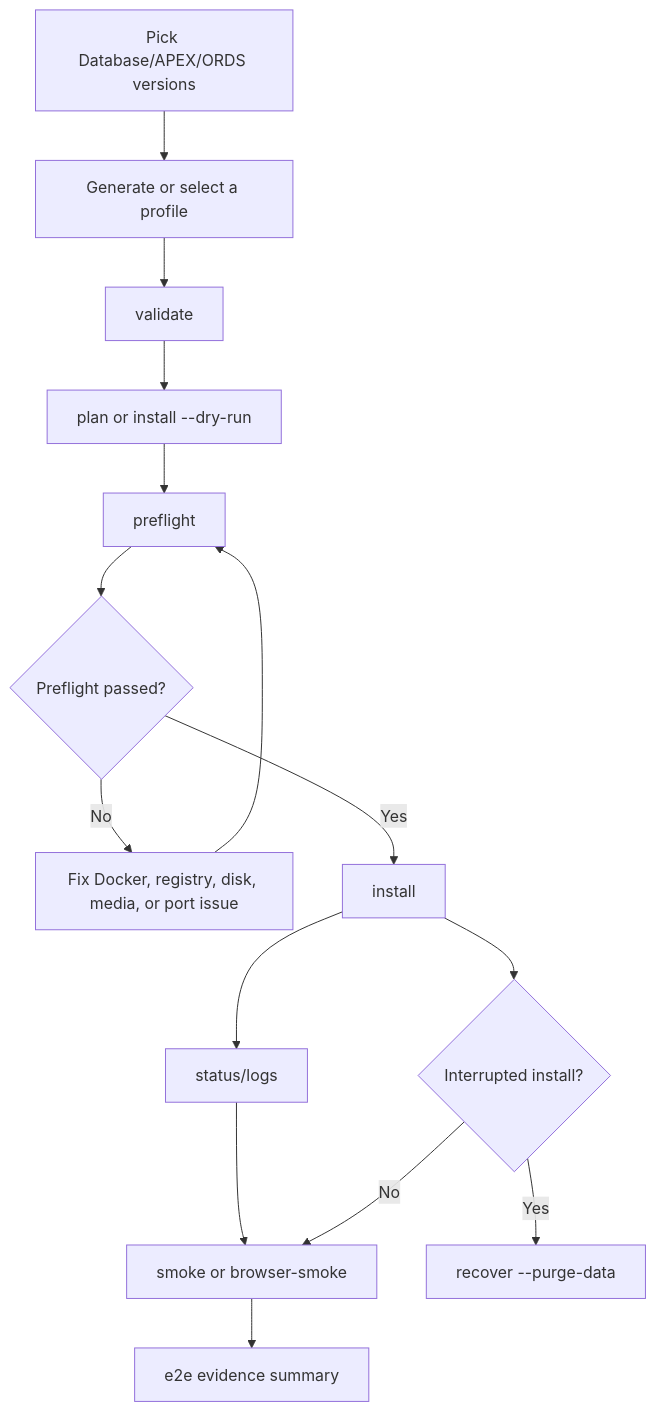
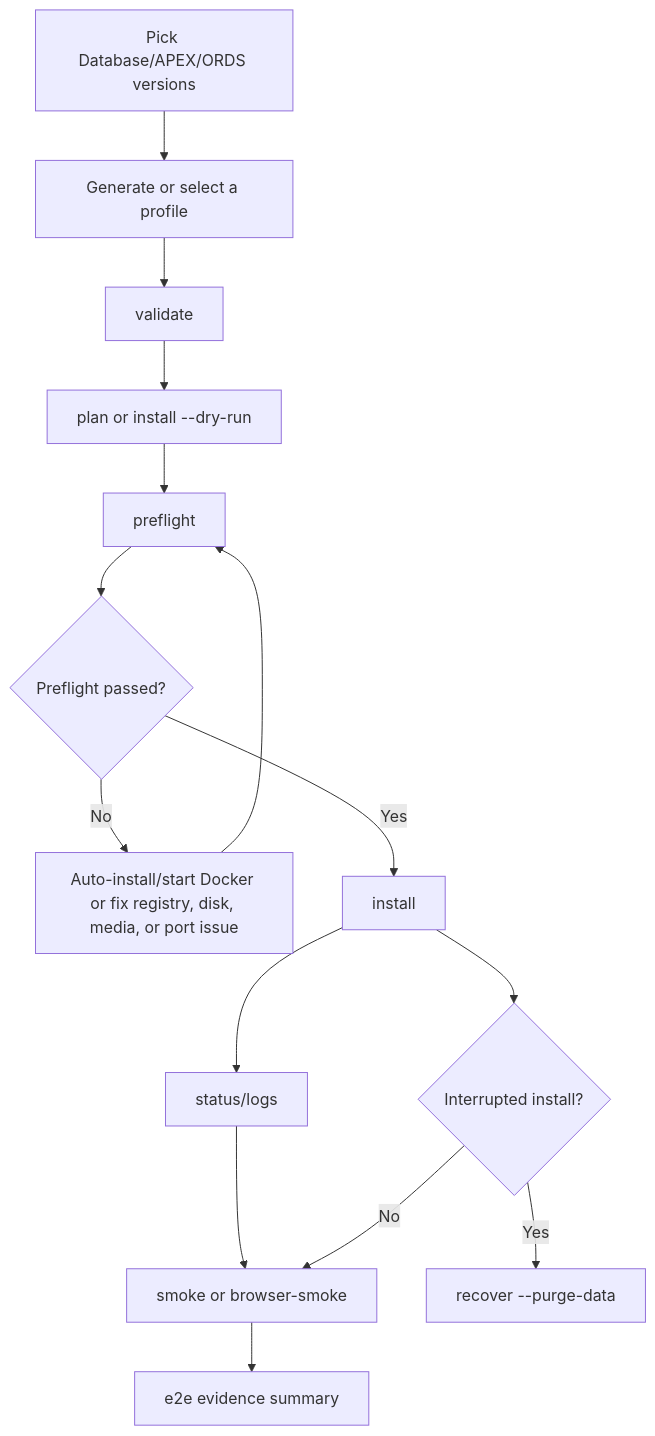
One commit to wfg2513148/rapid-apex changed the second of 2 diagrams in README.md. Above: the diagram before and after it, drawn with Mermaid. The commit also changed other lines of this file and 7 other files, not shown here.

Commit message:
feat: auto-install required setup tools

````diff
--- a/README.md
+++ b/README.md
@@ -107,17 +109,17 @@
 ```mermaid
 flowchart TD
   A["Pick Database/APEX/ORDS versions"] --> B["Generate or select a profile"]
   B --> C["validate"]
   C --> D["plan or install --dry-run"]
   D --> E["preflight"]
   E --> F{"Preflight passed?"}
-  F -- "No" --> G["Fix Docker, registry, disk, media, or port issue"]
+  F -- "No" --> G["Auto-install/start Docker or fix registry, disk, media, or port issue"]
   G --> E
   F -- "Yes" --> H["install"]
   H --> I["status/logs"]
   I --> J["smoke or browser-smoke"]
   J --> K["e2e evidence summary"]
   H --> L{"Interrupted install?"}
   L -- "Yes" --> M["recover --purge-data"]
   L -- "No" --> J
 ```
````
